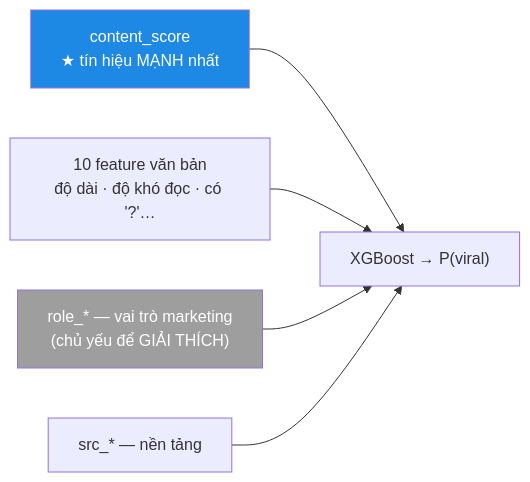
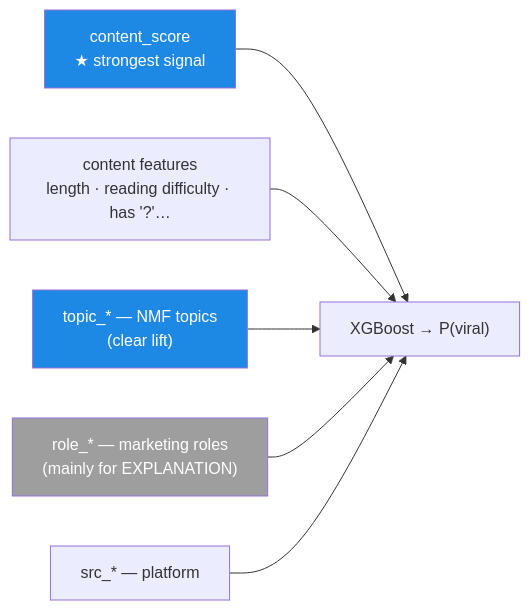
One commit to raph0603/USER-BEHAVIOR-SOCIAL-MEDIA changed the second of 3 diagrams in ml/ARCHITECTURE.md. Above: the diagram before and after it, drawn with Mermaid. The commit also changed other lines of this file and 1 other file, not shown here.

Commit message:
edit readme and architecture

````diff
--- a/ml/ARCHITECTURE.md
+++ b/ml/ARCHITECTURE.md
@@ -57,13 +61,15 @@
 ```mermaid
 flowchart LR
-  A["content_score<br/>★ tín hiệu MẠNH nhất"]:::strong
-  B["10 feature văn bản<br/>độ dài · độ khó đọc · có '?'…"]
-  C["role_* — vai trò marketing<br/>(chủ yếu để GIẢI THÍCH)"]:::weak
-  D["src_* — nền tảng"]
+  A["content_score<br/>★ strongest signal"]:::strong
+  B["content features<br/>length · reading difficulty · has '?'…"]
+  C["topic_* — NMF topics<br/>(clear lift)"]:::strong
+  D["role_* — marketing roles<br/>(mainly for EXPLANATION)"]:::weak
+  E["src_* — platform"]
   A --> X["XGBoost → P(viral)"]
   B --> X
   C --> X
   D --> X
+  E --> X
   classDef strong fill:#1e88e5,color:#fff;
   classDef weak fill:#9e9e9e,color:#fff;
 ```
````
